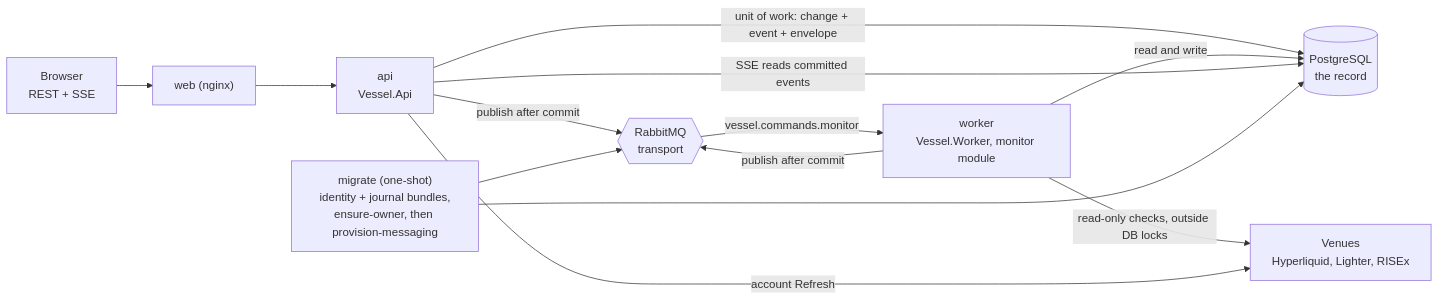
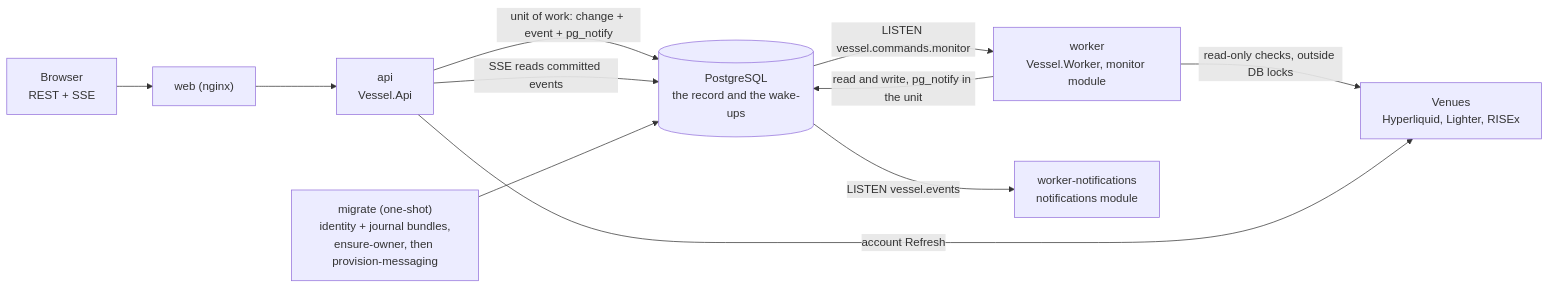
The first of 8 diagrams in docs/architecture/messaging-and-workers.md (sloppitty/vessel), drawn with Mermaid before and after one commit. The commit also changed other lines of this file and 102 other files, not shown here.

First line of the commit message:
feat(messaging): replace RabbitMQ and Wolverine with PostgreSQL LISTEN/NOTIFY (#99) (#171)

````diff
--- a/docs/architecture/messaging-and-workers.md
+++ b/docs/architecture/messaging-and-workers.md
@@ -33,15 +33,13 @@
 ```mermaid
 flowchart LR
     Browser["Browser<br/>REST + SSE"] --> Web["web (nginx)"]
     Web --> Api["api<br/>Vessel.Api"]
-    Api -->|"unit of work: change + event + envelope"| Pg[("PostgreSQL<br/>the record")]
-    Api -->|"publish after commit"| Rmq{{"RabbitMQ<br/>transport"}}
-    Rmq -->|"vessel.commands.monitor"| Worker["worker<br/>Vessel.Worker, monitor module"]
-    Worker -->|"read and write"| Pg
-    Worker -->|"publish after commit"| Rmq
+    Api -->|"unit of work: change + event + pg_notify"| Pg[("PostgreSQL<br/>the record and the wake-ups")]
+    Pg -->|"LISTEN vessel.commands.monitor"| Worker["worker<br/>Vessel.Worker, monitor module"]
+    Worker -->|"read and write, pg_notify in the unit"| Pg
+    Pg -->|"LISTEN vessel.events"| Hub["worker-notifications<br/>notifications module"]
     Worker -->|"read-only checks, outside DB locks"| Venues["Venues<br/>Hyperliquid, Lighter, RISEx"]
     Api -->|"account Refresh"| Venues
     Api -->|"SSE reads committed events"| Pg
     Migrate["migrate (one-shot)<br/>identity + journal bundles,<br/>ensure-owner, then provision-messaging"] --> Pg
-    Migrate --> Rmq
 ```
````
